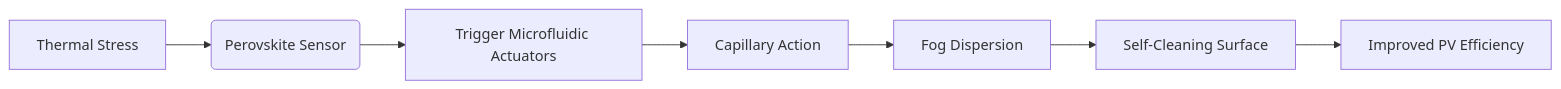
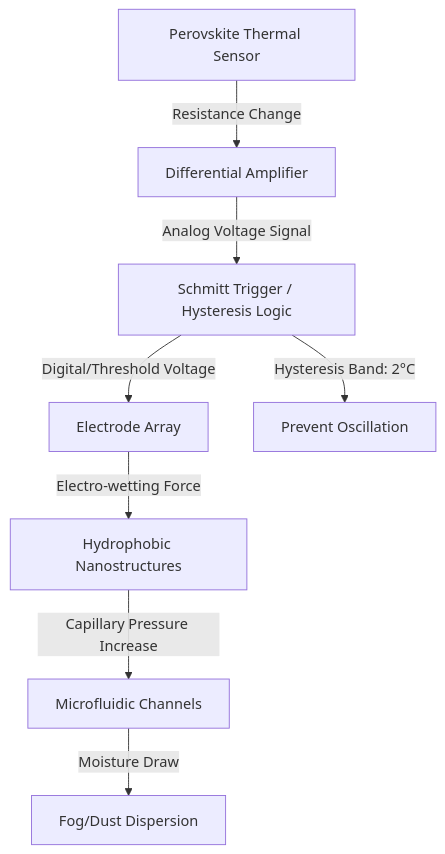
Before and after one commit to shawnhvac/agentworld-prior-art: the diagram in inventions/inv_thermally_responsive_microfluidic_bio_inspired_s_476ee.md, drawn with Mermaid. The commit also changed other lines of this file and 133 other files, not shown here.

````diff
--- a/inventions/inv_thermally_responsive_microfluidic_bio_inspired_s_476ee.md
+++ b/inventions/inv_thermally_responsive_microfluidic_bio_inspired_s_476ee.md
@@ -47,9 +47,10 @@
 ```mermaid
-graph LR
-    A[Thermal Stress] --> B(Perovskite Sensor)
-    B --> C[Trigger Microfluidic Actuators]
-    C --> D[Capillary Action]
-    D --> E[Fog Dispersion]
-    E --> F[Self-Cleaning Surface]
-    F --> G[Improved PV Efficiency]
+graph TD
+    A[Perovskite Thermal Sensor] -->|Resistance Change| B[Differential Amplifier]
+    B -->|Analog Voltage Signal| C[Schmitt Trigger / Hysteresis Logic]
+    C -->|Digital/Threshold Voltage| D[Electrode Array]
+    D -->|Electro-wetting Force| E[Hydrophobic Nanostructures]
+    E -->|Capillary Pressure Increase| F[Microfluidic Channels]
+    F -->|Moisture Draw| G[Fog/Dust Dispersion]
+    C -->|Hysteresis Band: 2°C| H[Prevent Oscillation]
 ```
````
